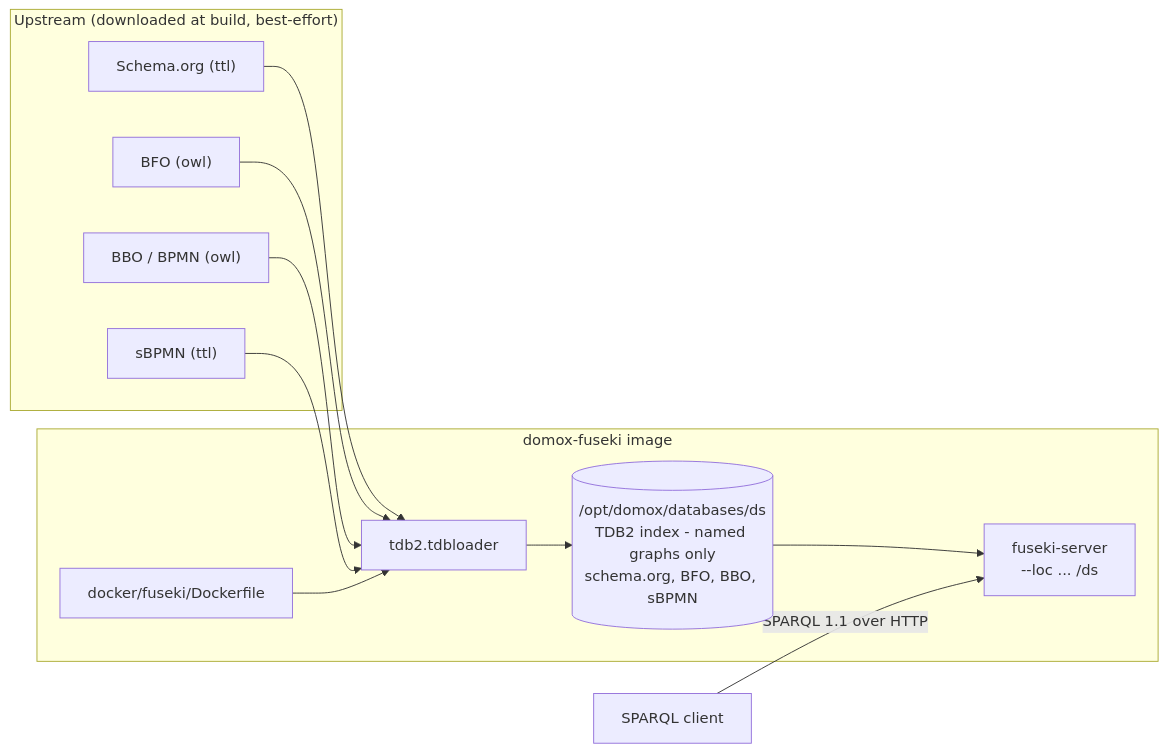
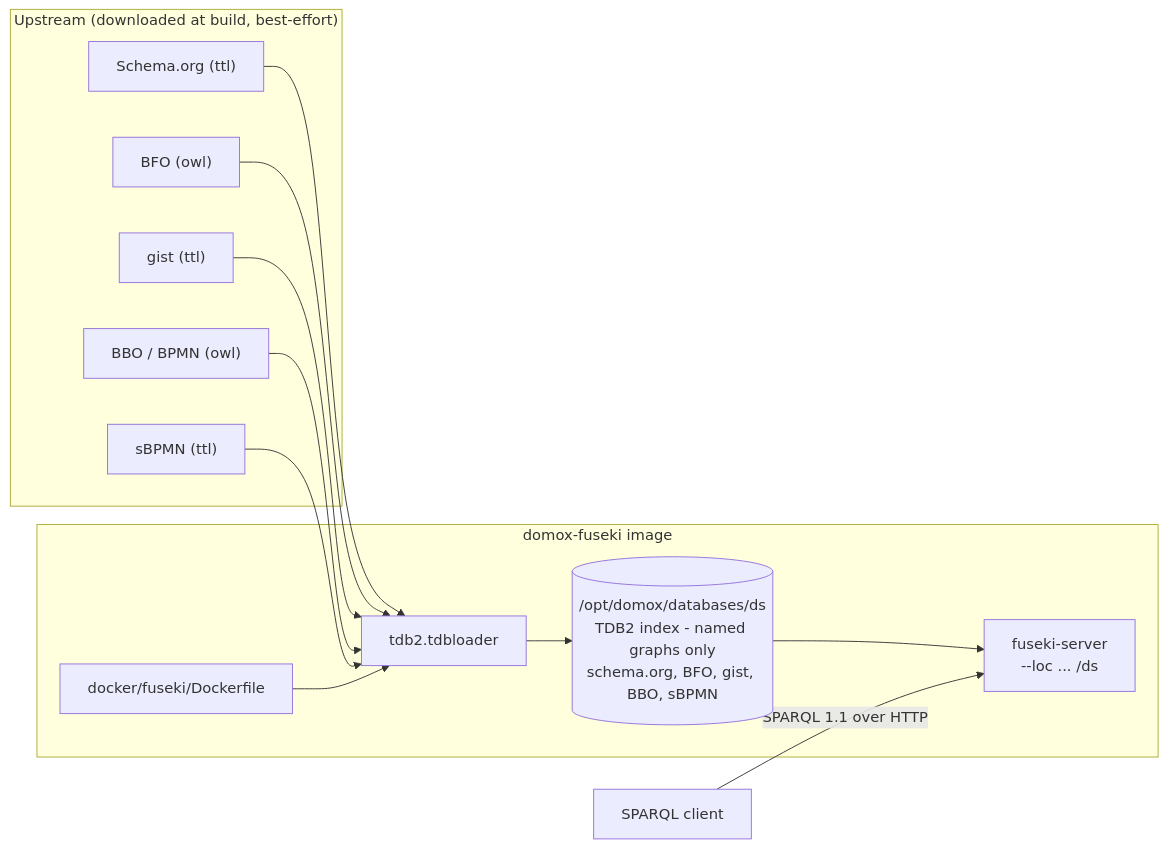
The diagram in docker/fuseki/README.md (joerg-rade/domox), drawn with Mermaid before and after one commit. The commit also changed other lines of this file and 10 other files, not shown here.

````diff
--- a/docker/fuseki/README.md
+++ b/docker/fuseki/README.md
@@ -17,22 +18,24 @@
 ```mermaid
 flowchart LR
     subgraph Upstream["Upstream (downloaded at build, best-effort)"]
         SCHEMA["Schema.org (ttl)"]
         BFO["BFO (owl)"]
+        GIST["gist (ttl)"]
         BBO["BBO / BPMN (owl)"]
         SBPMN["sBPMN (ttl)"]
     end
     subgraph Image["domox-fuseki image"]
         DF["docker/fuseki/Dockerfile"]
         LOADER["tdb2.tdbloader"]
-        DB[("/opt/domox/databases/ds<br/>TDB2 index - named graphs only<br/>schema.org, BFO, BBO, sBPMN")]
+        DB[("/opt/domox/databases/ds<br/>TDB2 index - named graphs only<br/>schema.org, BFO, gist, BBO, sBPMN")]
         FS["fuseki-server<br/>--loc ... /ds"]
     end
     CLIENT["SPARQL client"]
     SCHEMA --> LOADER
     BFO --> LOADER
+    GIST --> LOADER
     BBO --> LOADER
     SBPMN --> LOADER
     DF --> LOADER --> DB --> FS
     CLIENT -->|"SPARQL 1.1 over HTTP"| FS
 ```
````
